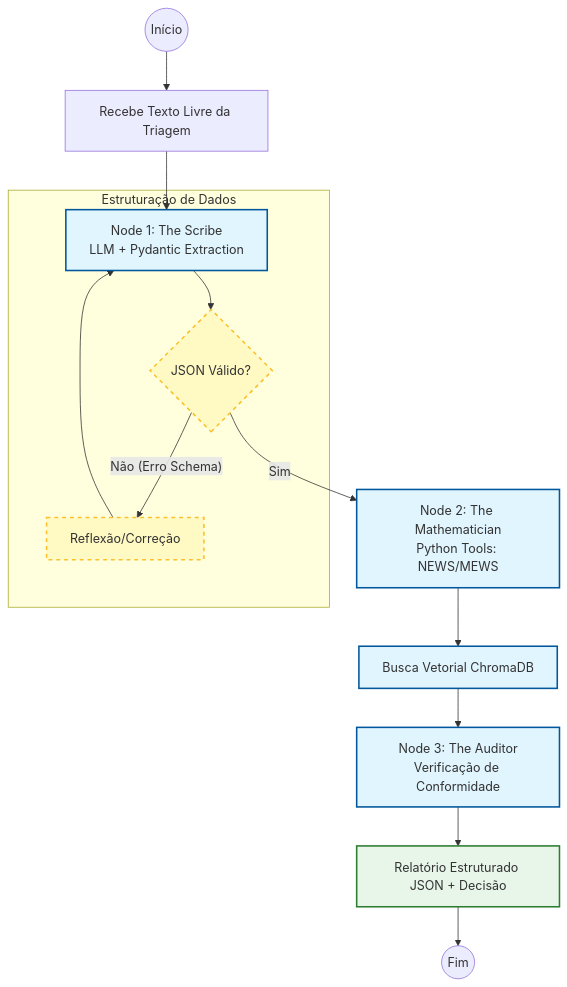
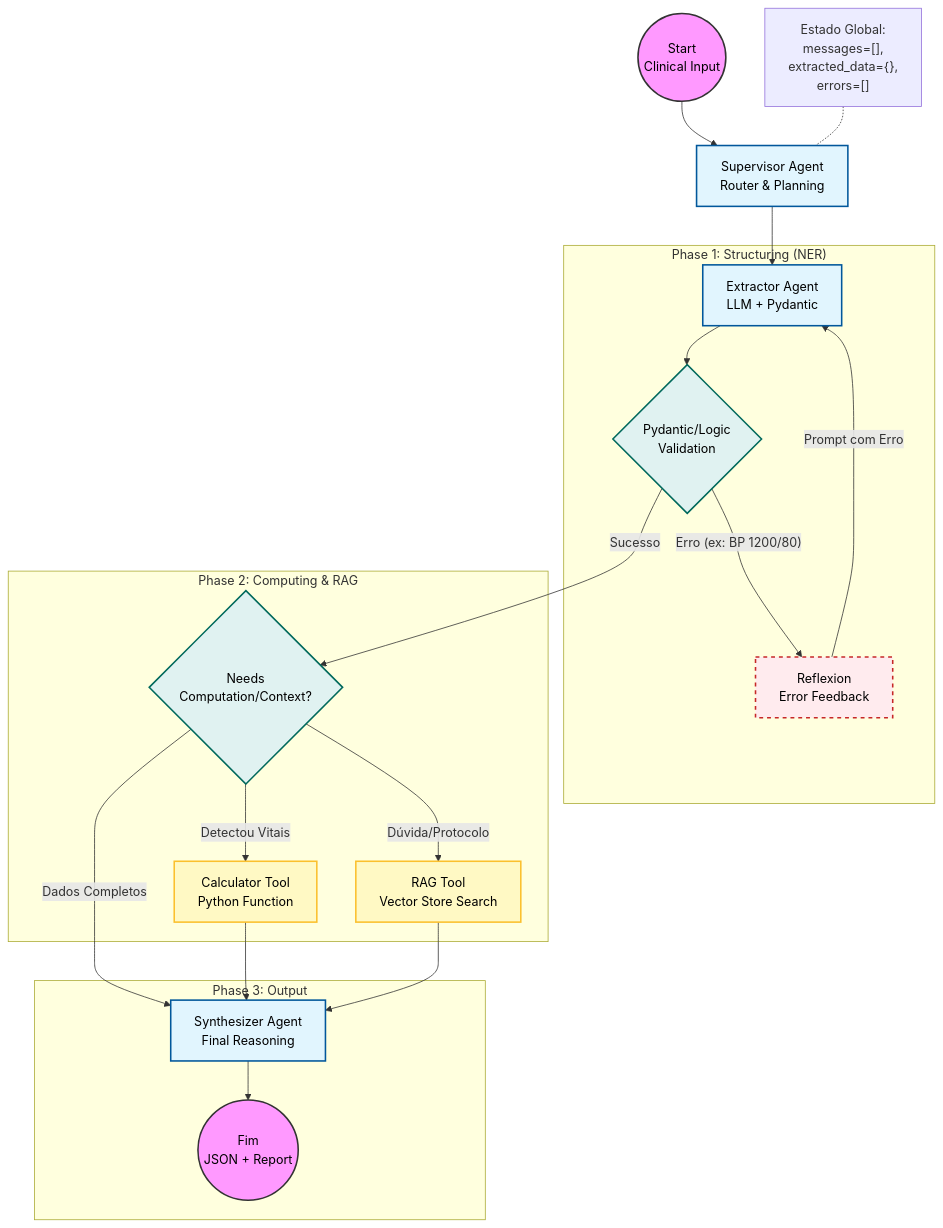
One commit to olavodd42/trialogic changed the diagram in diagram.md. Above: the diagram before and after it, drawn with Mermaid. The commit also changed 19 other files, not shown here.

````diff
--- a/diagram.md
+++ b/diagram.md
@@ -1,32 +1,58 @@
 ```mermaid
----
-config:
-  theme: default
-  mermaid:
-    securityLevel: loose
-    flowchart:
-      useMaxWidth: false
-      htmlLabels: true
----
 graph TD
-    classDef agent fill:#e1f5fe,stroke:#01579b,stroke-width:2px;
-    classDef guardrail fill:#fff9c4,stroke:#fbc02d,stroke-width:2px,stroke-dasharray: 5 5;
-    classDef endNode fill:#e8f5e9,stroke:#2e7d32,stroke-width:2px;
-    Start((Início)) --> Input[Recebe Texto Livre da Triagem]
-    Input --> Scribe
-    subgraph "Estruturação de Dados"
-        Scribe[Node 1: The Scribe<br/>LLM + Pydantic Extraction]:::agent
-        Scribe --> CheckValid{JSON Válido?}:::guardrail
-        
-        CheckValid -- Não (Erro Schema) --> Fix[Reflexão/Correção]:::guardrail
-        Fix --> Scribe
+    %% Estilos
+    classDef startend fill:#f9f,stroke:#333,stroke-width:2px,color:black;
+    classDef agent fill:#e1f5fe,stroke:#01579b,stroke-width:2px,color:black;
+    classDef tool fill:#fff9c4,stroke:#fbc02d,stroke-width:2px,color:black;
+    classDef guardrail fill:#ffebee,stroke:#c62828,stroke-width:2px,stroke-dasharray: 5 5,color:black;
+    classDef decision fill:#e0f2f1,stroke:#00695c,stroke-width:2px,shape:rhombus,color:black;
+
+    %% Nós Principais
+    Start((Start<br>Clinical Input)):::startend
+    Supervisor[Supervisor Agent<br>Router & Planning]:::agent
+    
+    %% Subgrafo de Extração
+    subgraph "Phase 1: Structuring (NER)"
+        Extractor[Extractor Agent<br>LLM + Pydantic]:::agent
+        Validator{Pydantic/Logic<br>Validation}:::decision
+        Retry[Reflexion<br>Error Feedback]:::guardrail
     end
-    CheckValid -- Sim --> Mathematician[Node 2: The Mathematician<br/>Python Tools: NEWS/MEWS]:::agent
-    Mathematician --> Retrieve[Busca Vetorial ChromaDB]:::agent
-    Retrieve --> Auditor[Node 3: The Auditor<br/>Verificação de Conformidade]:::agent
-    Auditor --> FinalOutput[Relatório Estruturado JSON + Decisão]:::endNode
-    FinalOutput --> End((Fim))
-    click Scribe "Referência: [cite: 35]"
-    click Mathematician "Referência: [cite: 39]"
-    click Auditor "Referência: [cite: 44]"
+
+    %% Subgrafo de Ferramentas
+    subgraph "Phase 2: Computing & RAG"
+        ToolRouter{Needs<br>Computation/Context?}:::decision
+        Calculator[Calculator Tool<br>Python Function]:::tool
+        RAG[RAG Tool<br>Vector Store Search]:::tool
+    end
+    
+    %% Subgrafo de Síntese
+    subgraph "Phase 3: Output"
+        Synthesizer[Synthesizer Agent<br>Final Reasoning]:::agent
+        End((Fim<br>JSON + Report)):::startend
+    end
+
+    %% Conexões
+    Start --> Supervisor
+    Supervisor --> Extractor
+    
+    Extractor --> Validator
+    
+    %% Lógica de Validação (O "Guardrail")
+    Validator -- "Erro (ex: BP 1200/80)" --> Retry
+    Retry -- "Prompt com Erro" --> Extractor
+    Validator -- "Sucesso" --> ToolRouter
+    
+    %% Lógica de Ferramentas
+    ToolRouter -- "Detectou Vitais" --> Calculator
+    ToolRouter -- "Dúvida/Protocolo" --> RAG
+    ToolRouter -- "Dados Completos" --> Synthesizer
+    
+    Calculator --> Synthesizer
+    RAG --> Synthesizer
+    
+    Synthesizer --> End
+
+    %% Notas de Tech Lead
+    note1["Estado Global: <br>messages=[], <br>extracted_data={}, <br>errors=[]"]
+    note1 -.- Supervisor
 ```
````
